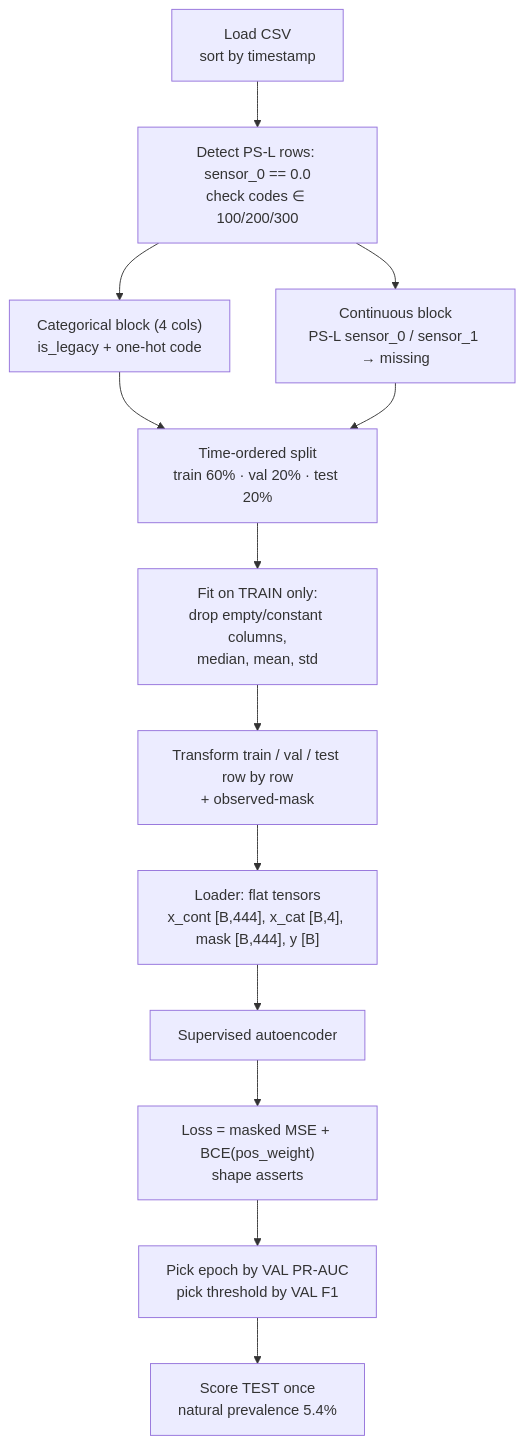
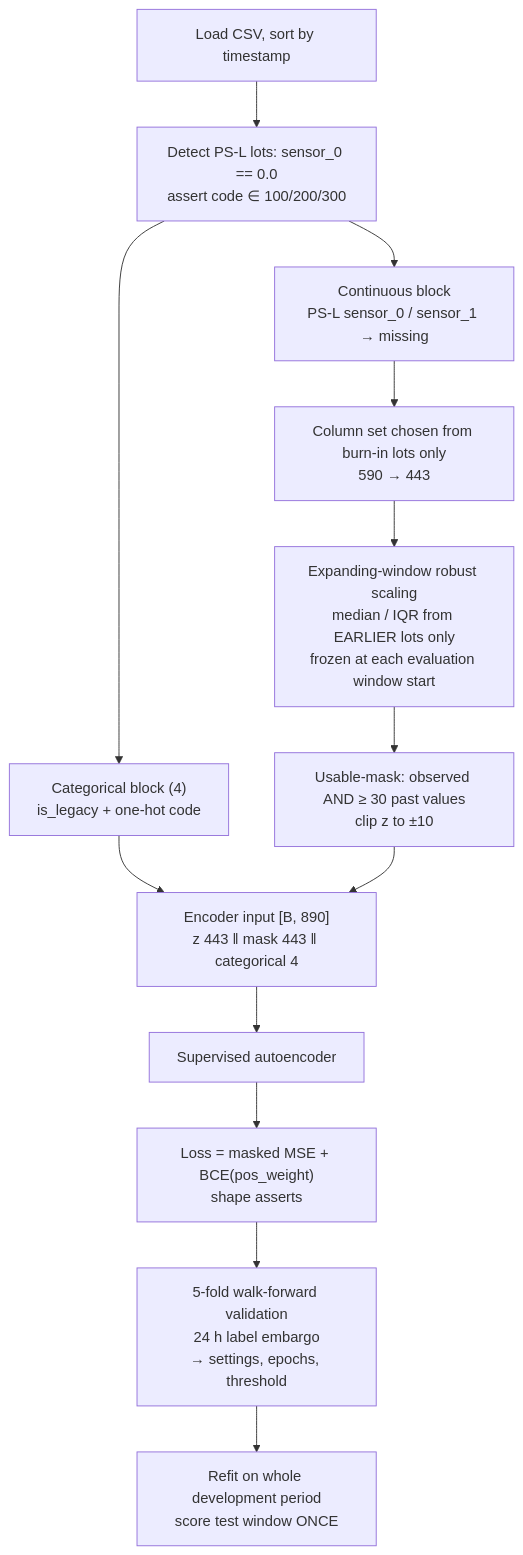
One commit to chiranshee26-source/wafer-guard-audit changed the second of 3 diagrams in README.md. Above: the diagram before and after it, drawn with Mermaid. The commit also changed other lines of this file and 11 other files, not shown here.

````diff
--- a/README.md
+++ b/README.md
@@ -89,15 +95,15 @@
 ```mermaid
 flowchart TD
-    A[Load CSV<br/>sort by timestamp] --> P[Detect PS-L rows: sensor_0 == 0.0<br/>check codes ∈ 100/200/300]
-    P --> Q["Categorical block (4 cols)<br/>is_legacy + one-hot code"]
+    A[Load CSV, sort by timestamp] --> P[Detect PS-L lots: sensor_0 == 0.0<br/>assert code ∈ 100/200/300]
+    P --> Q["Categorical block (4)<br/>is_legacy + one-hot code"]
     P --> R[Continuous block<br/>PS-L sensor_0 / sensor_1 → missing]
-    Q --> S
-    R --> S[Time-ordered split<br/>train 60% · val 20% · test 20%]
-    S --> T[Fit on TRAIN only:<br/>drop empty/constant columns,<br/>median, mean, std]
-    T --> U[Transform train / val / test row by row<br/>+ observed-mask]
-    U --> V["Loader: flat tensors<br/>x_cont [B,444], x_cat [B,4], mask [B,444], y [B]"]
+    R --> K[Column set chosen from burn-in lots only<br/>590 → 443]
+    K --> S["Expanding-window robust scaling<br/>median / IQR from EARLIER lots only<br/>frozen at each evaluation window start"]
+    S --> U["Usable-mask: observed AND ≥ 30 past values<br/>clip z to ±10"]
+    Q --> V
+    U --> V["Encoder input [B, 890]<br/>z 443 ‖ mask 443 ‖ categorical 4"]
     V --> W[Supervised autoencoder]
     W --> X["Loss = masked MSE + BCE(pos_weight)<br/>shape asserts"]
-    X --> Y[Pick epoch by VAL PR-AUC<br/>pick threshold by VAL F1]
-    Y --> Z[Score TEST once<br/>natural prevalence 5.4%]
+    X --> Y["5-fold walk-forward validation<br/>24 h label embargo<br/>→ settings, epochs, threshold"]
+    Y --> Z[Refit on whole development period<br/>score test window ONCE]
 ```
````
